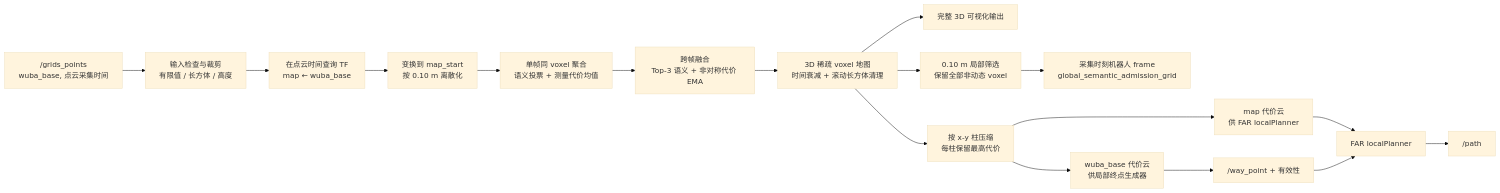
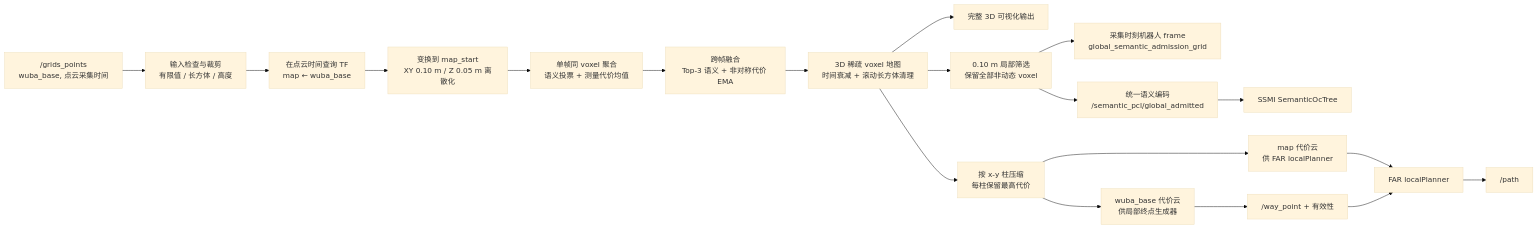
One commit to lichao951787328/local3DSemanticVoxelMap changed the diagram in LOCAL_3D_VOXEL_COST_PIPELINE.md. Above: the diagram before and after it, drawn with Mermaid (base theme). The commit also changed other lines of this file and 15 other files, not shown here.

Commit message:
局部地图，向下层发送

````diff
--- a/LOCAL_3D_VOXEL_COST_PIPELINE.md
+++ b/LOCAL_3D_VOXEL_COST_PIPELINE.md
@@ -19,19 +19,21 @@
 ```mermaid
 flowchart LR
     A["/grids_points<br/>wuba_base, 点云采集时间"] --> B["输入检查与裁剪<br/>有限值 / 长方体 / 高度"]
     B --> C["在点云时间查询 TF<br/>map ← wuba_base"]
-    C --> D["变换到 map_start<br/>按 0.10 m 离散化"]
+    C --> D["变换到 map_start<br/>XY 0.10 m / Z 0.05 m 离散化"]
     D --> E["单帧同 voxel 聚合<br/>语义投票 + 测量代价均值"]
     E --> F["跨帧融合<br/>Top-3 语义 + 非对称代价 EMA"]
     F --> G["3D 稀疏 voxel 地图<br/>时间衰减 + 滚动长方体清理"]
     G --> H["完整 3D 可视化输出"]
     G --> O["0.10 m 局部筛选<br/>保留全部非动态 voxel"]
     O --> P["采集时刻机器人 frame<br/>global_semantic_admission_grid"]
+    O --> Q["统一语义编码<br/>/semantic_pcl/global_admitted"]
+    Q --> R["SSMI SemanticOcTree"]
     G --> I["按 x-y 柱压缩<br/>每柱保留最高代价"]
     I --> J["map 代价云<br/>供 FAR localPlanner"]
     I --> K["wuba_base 代价云<br/>供局部终点生成器"]
     K --> L["/way_point + 有效性"]
     J --> M["FAR localPlanner"]
     L --> M
     M --> N["/path"]
 ```
````
